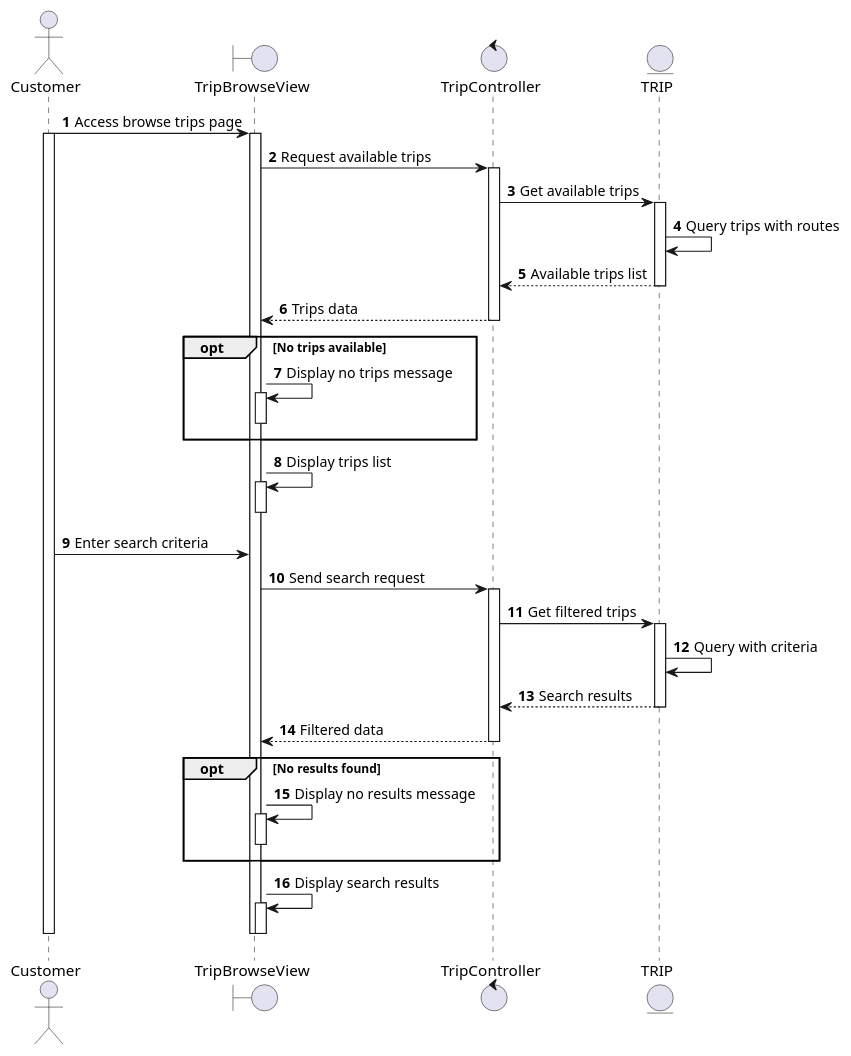
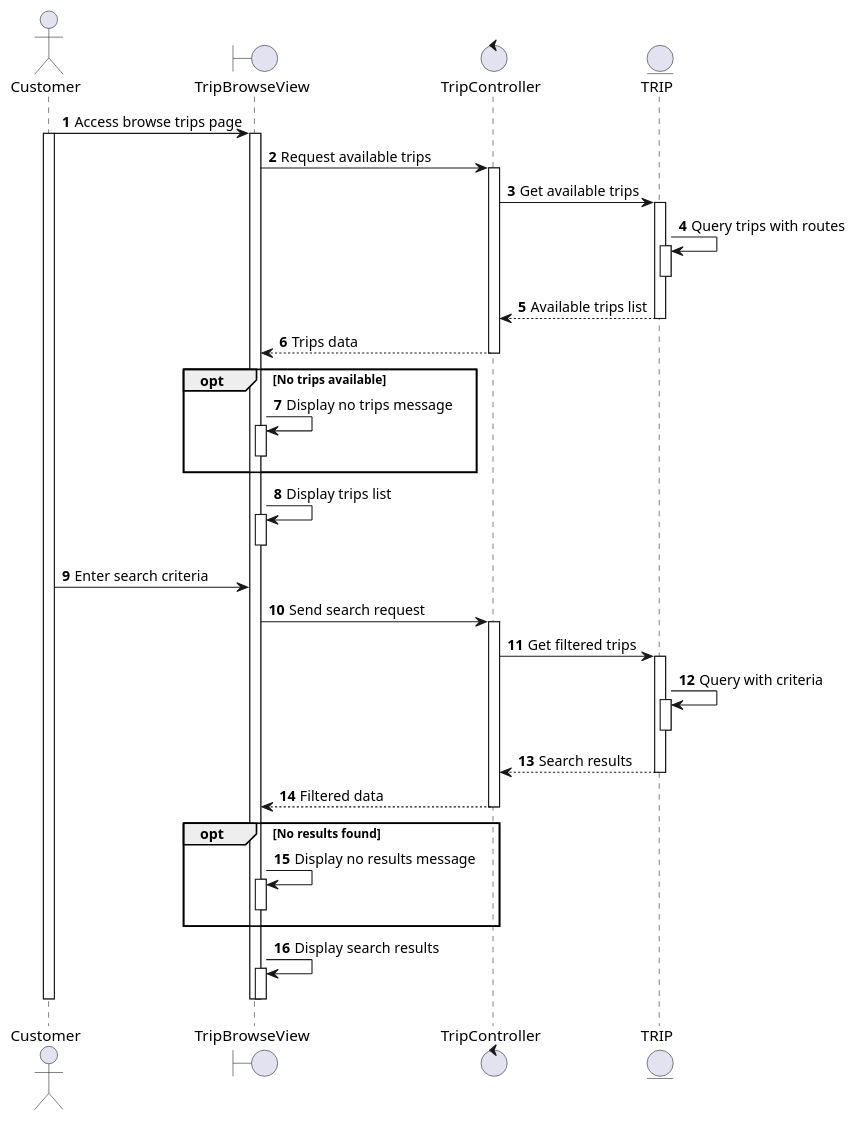
One commit to se113-wm/se113-wm.github.io changed the diagram in docs/docs/sequence/browse-trips/view-and-filter-available-trips.md. Above: the diagram before and after it, drawn with PlantUML. The commit also changed 37 other files, not shown here.

First line of the commit message:
Refactor sequence diagrams for booking and trip management

````diff
--- a/docs/docs/sequence/browse-trips/view-and-filter-available-trips.md
+++ b/docs/docs/sequence/browse-trips/view-and-filter-available-trips.md
@@ -3,58 +3,62 @@
 ```plantuml
 @startuml
 autonumber
 
 actor Customer as C
 boundary TripBrowseView as TBV
 control TripController as TC
 entity TRIP as T
 
 C -> TBV: Access browse trips page
 activate C
 activate TBV
 TBV -> TC: Request available trips
 activate TC
 TC -> T: Get available trips
 activate T
 T -> T: Query trips with routes
+activate T
+deactivate T
 TC <-- T: Available trips list
 deactivate T
 TBV <-- TC: Trips data
 deactivate TC
 
 opt No trips available
   TBV -> TBV: Display no trips message
   activate TBV
   deactivate TBV
 end
 
 TBV -> TBV: Display trips list
 activate TBV
 deactivate TBV
 
 C -> TBV: Enter search criteria
 TBV -> TC: Send search request
 activate TC
 TC -> T: Get filtered trips
 activate T
 T -> T: Query with criteria
+activate T
+deactivate T
 TC <-- T: Search results
 deactivate T
 TBV <-- TC: Filtered data
 deactivate TC
 
 opt No results found
   TBV -> TBV: Display no results message
   activate TBV
   deactivate TBV
 end
 
 TBV -> TBV: Display search results
 activate TBV
 deactivate TBV
 
 deactivate TBV
 deactivate C
 
 @enduml
 ```
````
